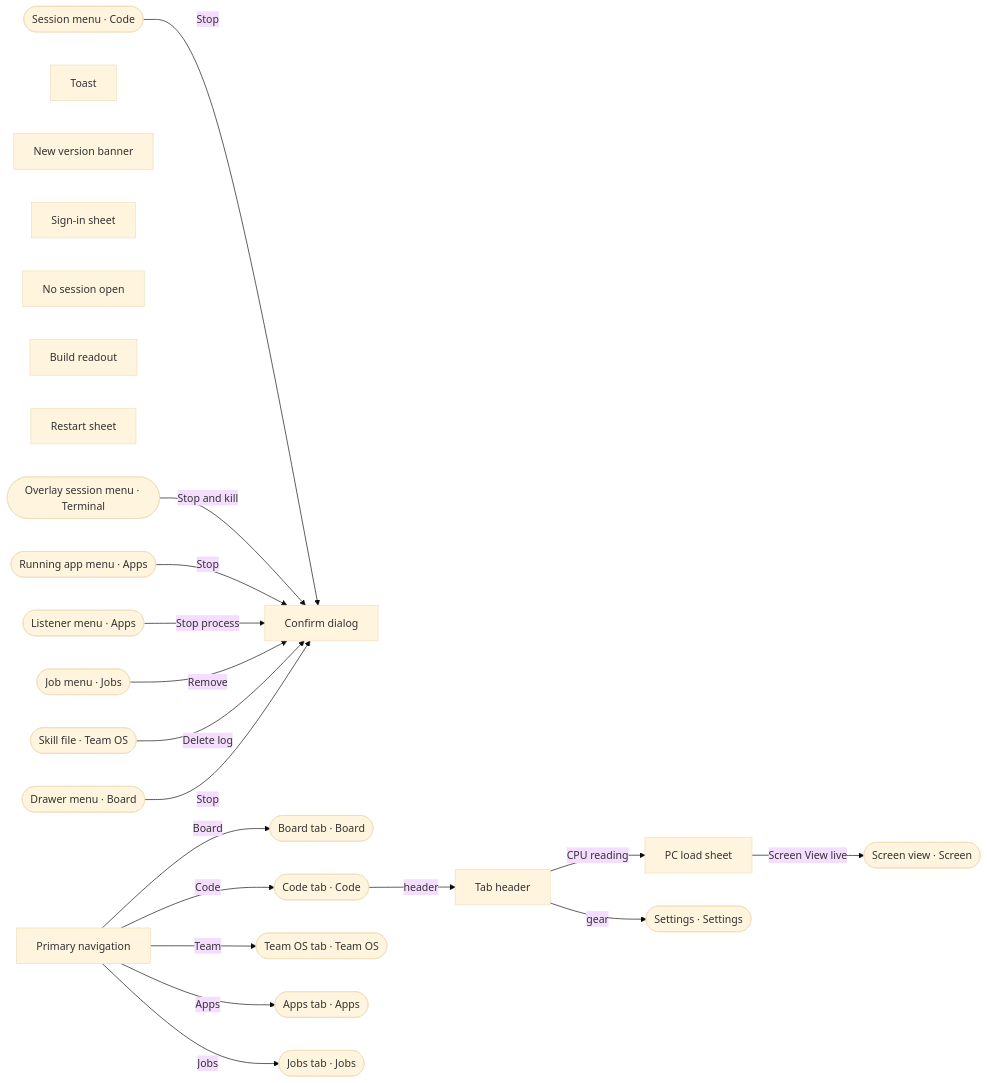
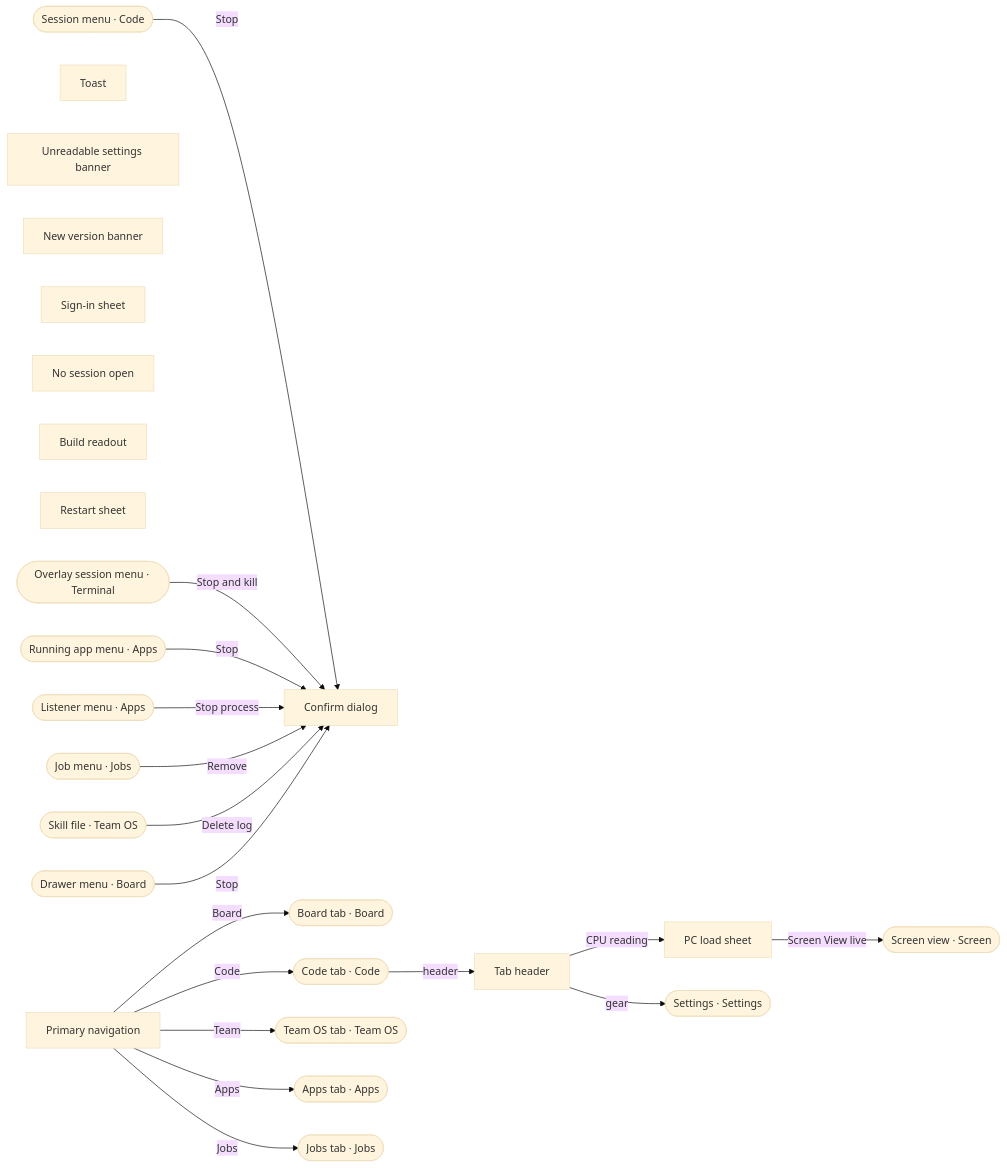
Before and after one commit to ferraroroberto/app-launcher-lite: the first of 11 diagrams in docs/ux-surface-map.md, drawn with Mermaid (base theme). The commit also changed other lines of this file and 12 other files, not shown here.

````diff
--- a/docs/ux-surface-map.md
+++ b/docs/ux-surface-map.md
@@ -31,43 +31,44 @@
 ```mermaid
 flowchart LR
   s0["Primary navigation"]
   s1["Tab header"]
   s2["PC load sheet"]
   s3["Toast"]
-  s4["New version banner"]
-  s5["Sign-in sheet"]
-  s6["Confirm dialog"]
-  s7["No session open"]
-  s8["Build readout"]
-  s9["Restart sheet"]
-  s72(["Board tab · Board"])
-  s10(["Code tab · Code"])
-  s65(["Team OS tab · Team OS"])
-  s43(["Apps tab · Apps"])
-  s55(["Jobs tab · Jobs"])
-  s88(["Settings · Settings"])
-  s39(["Screen view · Screen"])
-  s15(["Session menu · Code"])
-  s26(["Overlay session menu · Terminal"])
-  s45(["Running app menu · Apps"])
-  s48(["Listener menu · Apps"])
-  s61(["Job menu · Jobs"])
-  s70(["Skill file · Team OS"])
-  s84(["Drawer menu · Board"])
-  s0 -->|"Board"| s72
-  s0 -->|"Code"| s10
-  s0 -->|"Team"| s65
-  s0 -->|"Apps"| s43
-  s0 -->|"Jobs"| s55
+  s4["Unreadable settings banner"]
+  s5["New version banner"]
+  s6["Sign-in sheet"]
+  s7["Confirm dialog"]
+  s8["No session open"]
+  s9["Build readout"]
+  s10["Restart sheet"]
+  s73(["Board tab · Board"])
+  s11(["Code tab · Code"])
+  s66(["Team OS tab · Team OS"])
+  s44(["Apps tab · Apps"])
+  s56(["Jobs tab · Jobs"])
+  s89(["Settings · Settings"])
+  s40(["Screen view · Screen"])
+  s16(["Session menu · Code"])
+  s27(["Overlay session menu · Terminal"])
+  s46(["Running app menu · Apps"])
+  s49(["Listener menu · Apps"])
+  s62(["Job menu · Jobs"])
+  s71(["Skill file · Team OS"])
+  s85(["Drawer menu · Board"])
+  s0 -->|"Board"| s73
+  s0 -->|"Code"| s11
+  s0 -->|"Team"| s66
+  s0 -->|"Apps"| s44
+  s0 -->|"Jobs"| s56
   s1 -->|"CPU reading"| s2
-  s1 -->|"gear"| s88
-  s2 -->|"Screen View live"| s39
-  s10 -->|"header"| s1
-  s15 -->|"Stop"| s6
-  s26 -->|"Stop and kill"| s6
-  s45 -->|"Stop"| s6
-  s48 -->|"Stop process"| s6
-  s61 -->|"Remove"| s6
-  s70 -->|"Delete log"| s6
-  s84 -->|"Stop"| s6
+  s1 -->|"gear"| s89
+  s2 -->|"Screen View live"| s40
+  s11 -->|"header"| s1
+  s16 -->|"Stop"| s7
+  s27 -->|"Stop and kill"| s7
+  s46 -->|"Stop"| s7
+  s49 -->|"Stop process"| s7
+  s62 -->|"Remove"| s7
+  s71 -->|"Delete log"| s7
+  s85 -->|"Stop"| s7
 ```
````
